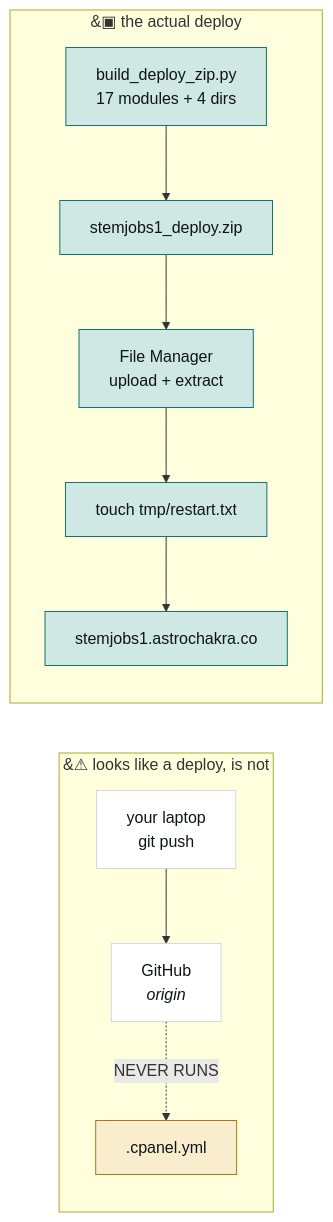
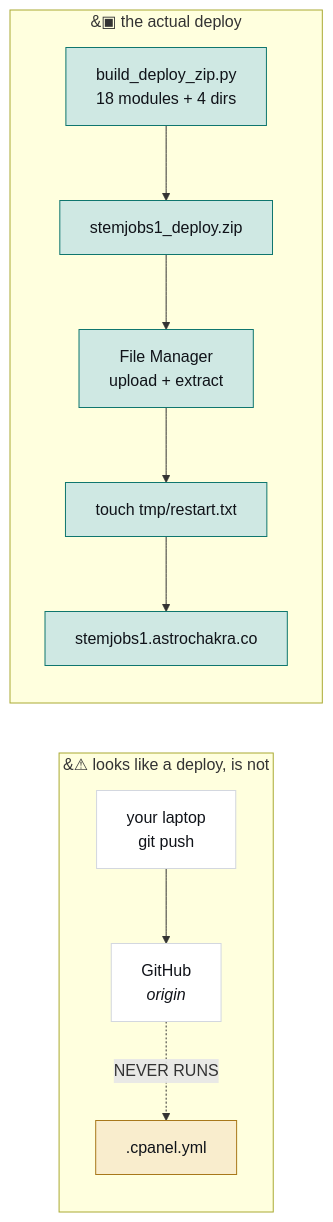
The third of 4 diagrams in JobMatch Scraper/docs/ARCHITECTURE.md (hadakunal909-debug/job-search-tool), drawn with Mermaid before and after one commit. The commit also changed other lines of this file and 37 other files, not shown here.

````diff
--- a/JobMatch Scraper/docs/ARCHITECTURE.md
+++ b/JobMatch Scraper/docs/ARCHITECTURE.md
@@ -183,18 +183,18 @@
 ```mermaid
 flowchart LR
   subgraph BAD["&#9888; looks like a deploy, is not"]
     L["your laptop<br/>git push"] --> G["GitHub<br/><i>origin</i>"]
     G -.->|"NEVER RUNS"| C[".cpanel.yml"]
   end
   subgraph GOOD["&#9635; the actual deploy"]
-    B["build_deploy_zip.py<br/>17 modules + 4 dirs"] --> Z["stemjobs1_deploy.zip"]
+    B["build_deploy_zip.py<br/>18 modules + 4 dirs"] --> Z["stemjobs1_deploy.zip"]
     Z --> U["File Manager<br/>upload + extract"]
     U --> T["touch tmp/restart.txt"] --> LIVE["stemjobs1.astrochakra.co"]
   end
   classDef trap fill:#f9edcd,stroke:#a8781a,color:#101319
   classDef sched fill:#cfe8e3,stroke:#0f766e,color:#101319
   classDef plain fill:#ffffff,stroke:#d3d7df,color:#101319
   class C trap
   class B,Z,U,T,LIVE sched
   class L,G plain
 ```
````
